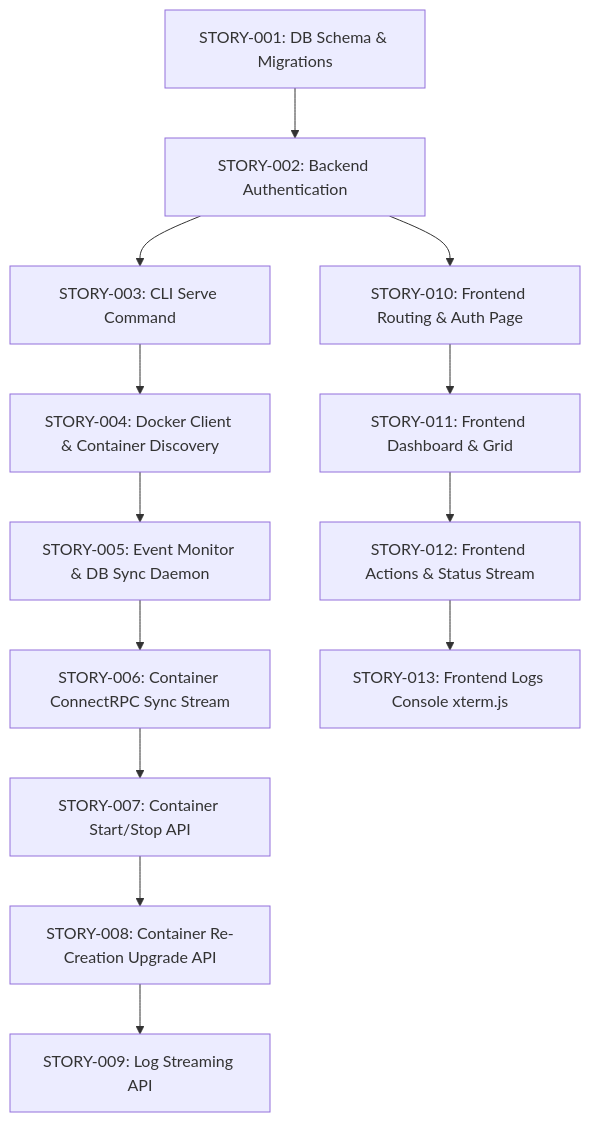
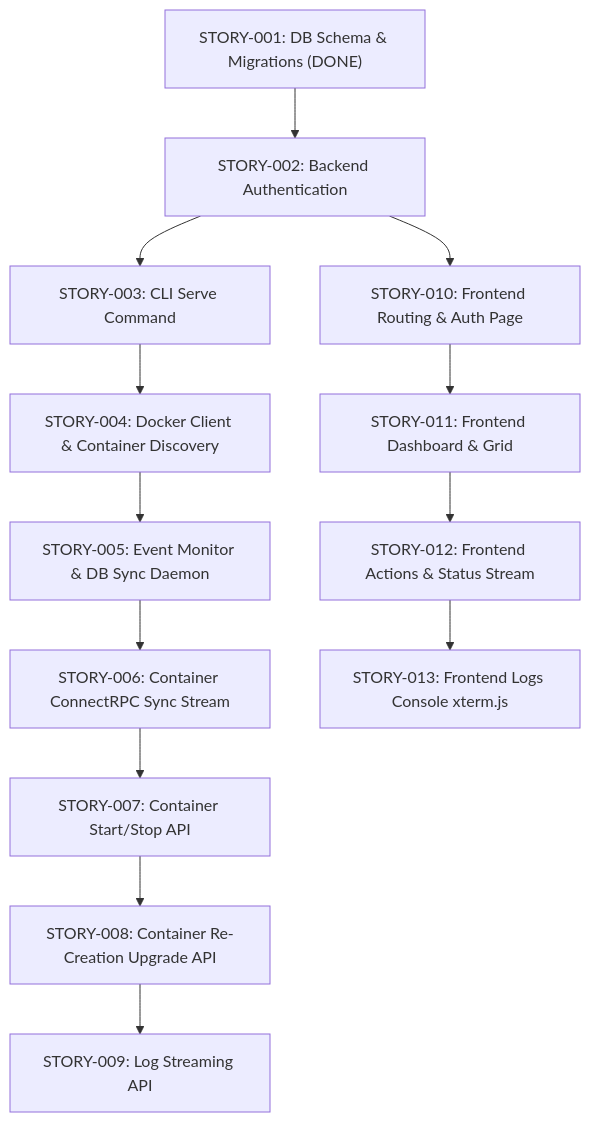
The diagram in docs/stories.md (noosxe/dmanager), drawn with Mermaid before and after one commit. The commit also changed other lines of this file and 1 other file, not shown here.

Commit message:
chore: mark STORY-001 as done and update tracking guidelines (#11)
This PR updates
[AGENTS.md](file:///home/mechsoull/Projects/dmanager/.agents/AGENTS.md)
to mandate tracking story completion inside
[stories.md](file:///home/mechsoull/Projects/dmanager/docs/stories.md)
and marks STORY-001 (DB schema and migration setup) as completed.

````diff
--- a/docs/stories.md
+++ b/docs/stories.md
@@ -5,15 +5,15 @@
 ```mermaid
 graph TD
-    S1[STORY-001: DB Schema & Migrations] --> S2[STORY-002: Backend Authentication]
+    S1["STORY-001: DB Schema & Migrations (DONE)"] --> S2[STORY-002: Backend Authentication]
     S2 --> S3[STORY-003: CLI Serve Command]
     S3 --> S4[STORY-004: Docker Client & Container Discovery]
     S4 --> S5[STORY-005: Event Monitor & DB Sync Daemon]
     S5 --> S6[STORY-006: Container ConnectRPC Sync Stream]
     S6 --> S7[STORY-007: Container Start/Stop API]
     S7 --> S8[STORY-008: Container Re-Creation Upgrade API]
     S8 --> S9[STORY-009: Log Streaming API]
     S2 --> F1[STORY-010: Frontend Routing & Auth Page]
     F1 --> F2[STORY-011: Frontend Dashboard & Grid]
     F2 --> F3[STORY-012: Frontend Actions & Status Stream]
     F3 --> F4[STORY-013: Frontend Logs Console xterm.js]
 ```
````
